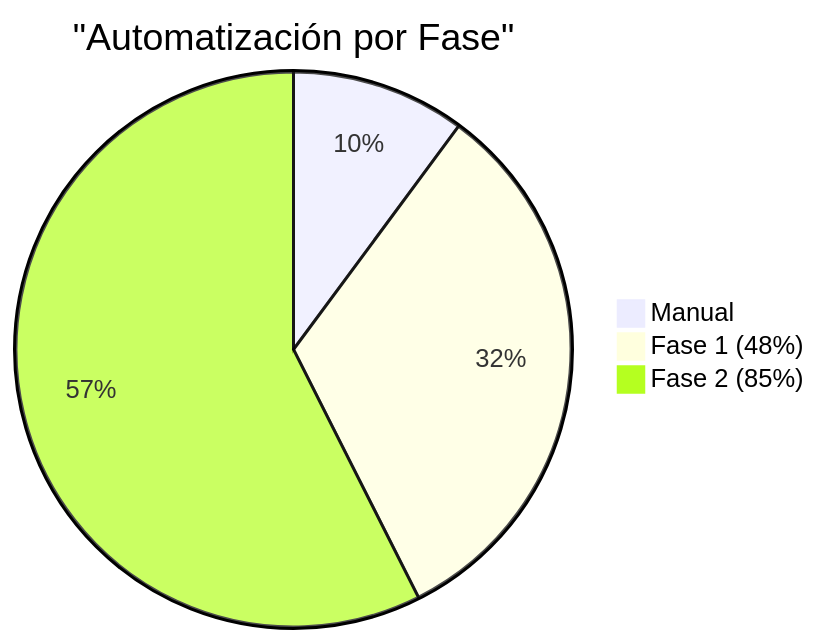
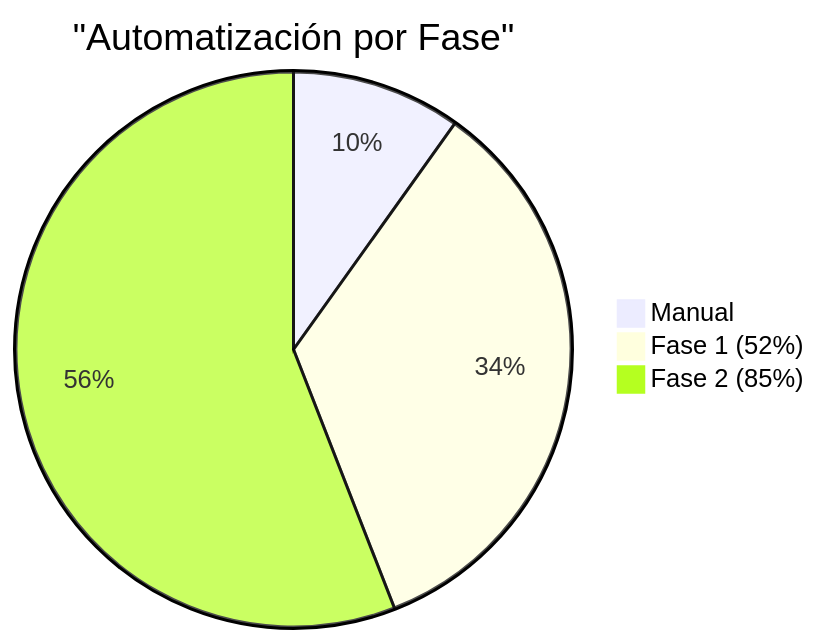
Before and after one commit to dleonsystem/sep_evaluacion_diagnostica: the fourth of 4 diagrams in REQUERIMIENTOS_Y_CASOS_DE_USO.md, drawn with Mermaid. The commit also changed other lines of this file and 2 other files, not shown here.

````diff
--- a/REQUERIMIENTOS_Y_CASOS_DE_USO.md
+++ b/REQUERIMIENTOS_Y_CASOS_DE_USO.md
@@ -1196,6 +1231,6 @@
 ```mermaid
 pie title "Automatización por Fase"
     "Manual" : 15
-    "Fase 1 (48%)" : 48
+    "Fase 1 (52%)" : 52
     "Fase 2 (85%)" : 85
 ```
````
